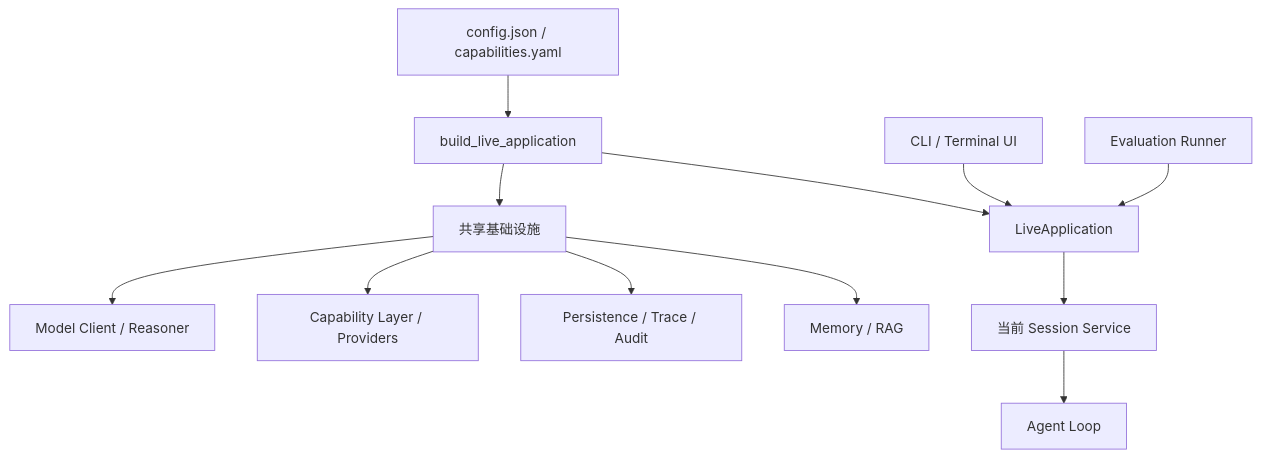
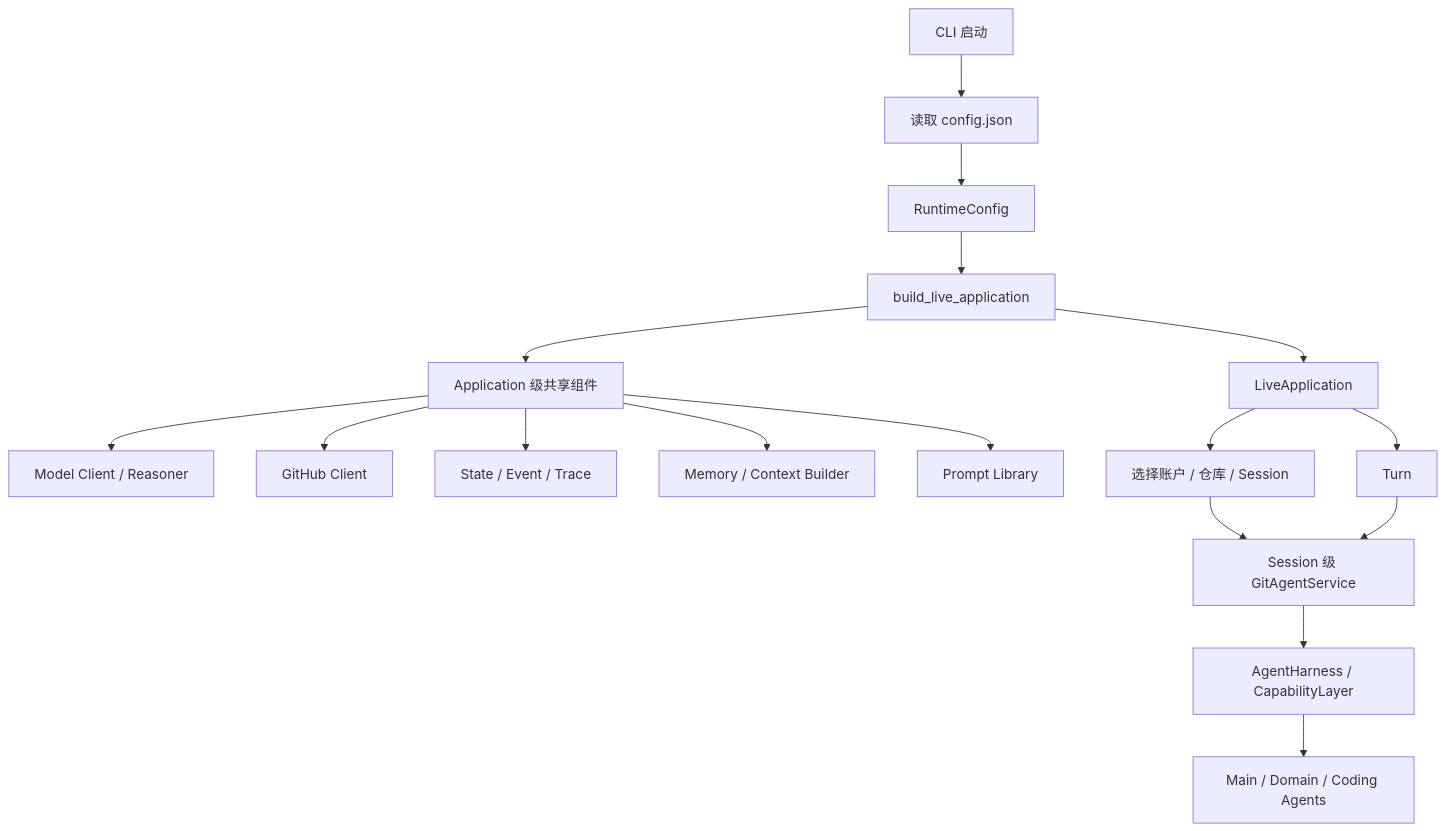
One commit to Arthur999459up/GitAgent changed the first of 12 diagrams in docs/13-application-config-and-prompts.md. Above: the diagram before and after it, drawn with Mermaid. The commit also changed other lines of this file and 16 other files, not shown here.

````diff
--- a/docs/13-application-config-and-prompts.md
+++ b/docs/13-application-config-and-prompts.md
@@ -11,14 +17,22 @@
 ```mermaid
 flowchart TD
-    CFG[config.json / capabilities.yaml] --> BOOT[build_live_application]
-    BOOT --> SHARED[共享基础设施]
-    SHARED --> MODEL[Model Client / Reasoner]
-    SHARED --> CAP[Capability Layer / Providers]
-    SHARED --> PERSIST[Persistence / Trace / Audit]
-    SHARED --> KNOW[Memory / RAG]
+    CLI[CLI 启动] --> CFG[读取 config.json]
+    CFG --> RC[RuntimeConfig]
+    RC --> BOOT[build_live_application]
+
+    BOOT --> SHARED[Application 级共享组件]
+    SHARED --> LLM[Model Client / Reasoner]
+    SHARED --> GH[GitHub Client]
+    SHARED --> STATE[State / Event / Trace]
+    SHARED --> MEM[Memory / Context Builder]
+    SHARED --> PROMPT[Prompt Library]
+
     BOOT --> APP[LiveApplication]
-    APP --> SESSION[当前 Session Service]
-    SESSION --> LOOP[Agent Loop]
-    CLI[CLI / Terminal UI] --> APP
-    EVAL[Evaluation Runner] --> APP
+    APP --> SELECT[选择账户 / 仓库 / Session]
+    SELECT --> SERVICE[Session 级 GitAgentService]
+    SERVICE --> HARNESS[AgentHarness / CapabilityLayer]
+    HARNESS --> AGENTS[Main / Domain / Coding Agents]
+
+    APP --> TURN[Turn]
+    TURN --> SERVICE
 ```
````
